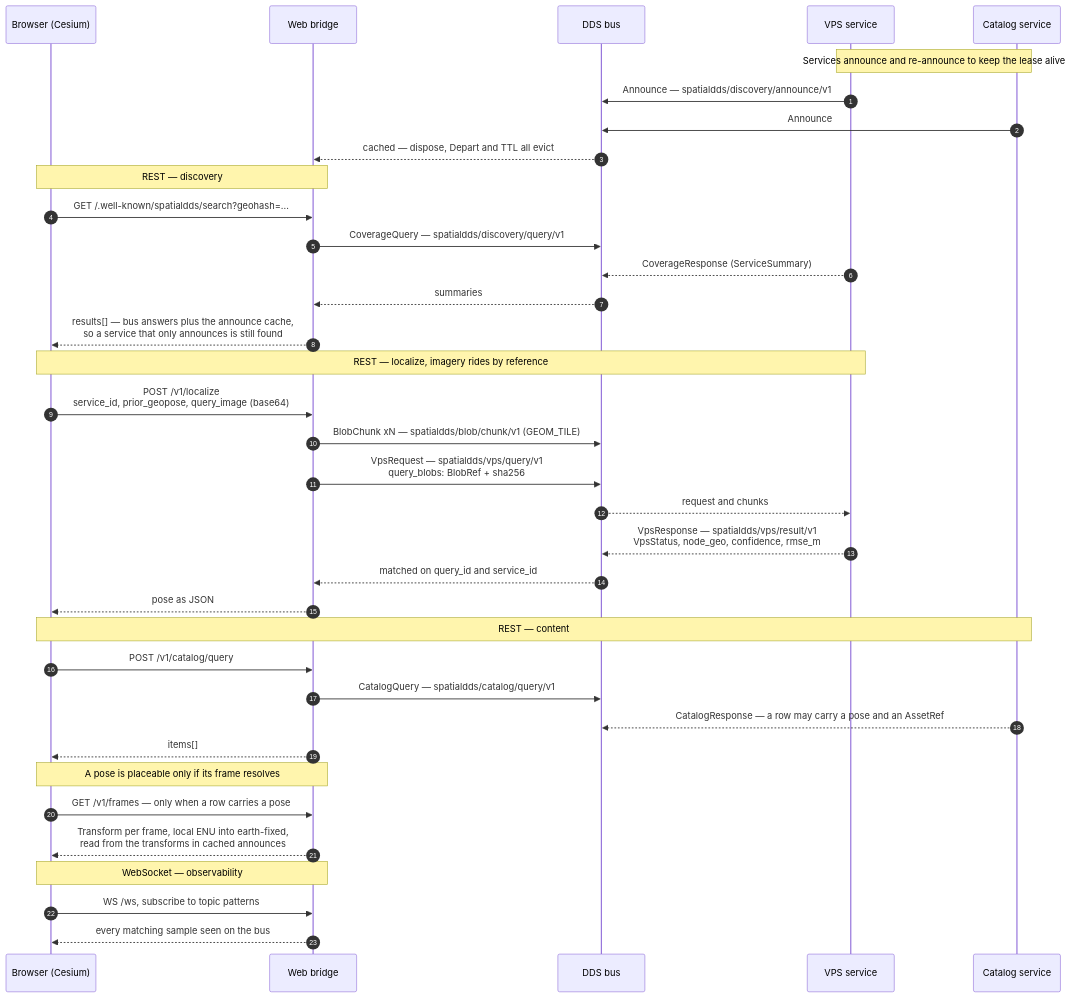
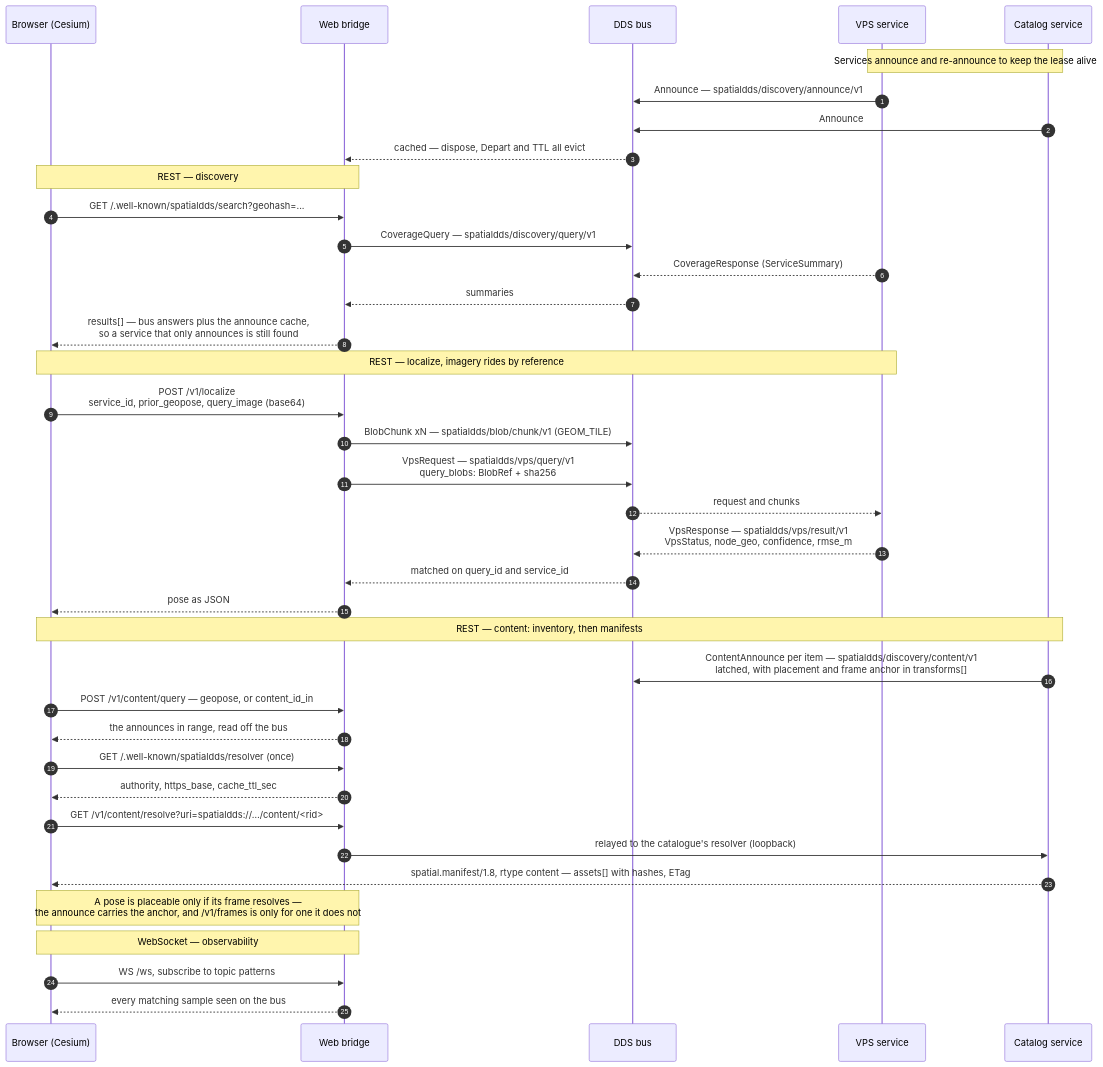
The first of 2 diagrams in ar_demo/README.md (OpenArCloud/SpatialDDS-demo), drawn with Mermaid before and after one commit. The commit also changed other lines of this file and 40 other files, not shown here.

````diff
--- a/ar_demo/README.md
+++ b/ar_demo/README.md
@@ -23,43 +23,45 @@
 ```mermaid
 sequenceDiagram
     autonumber
     participant UI as Browser (Cesium)
     participant Bridge as Web bridge
     participant Bus as DDS bus
     participant VPS as VPS service
     participant Cat as Catalog service
 
     Note over VPS,Cat: Services announce and re-announce to keep the lease alive
     VPS->>Bus: Announce — spatialdds/discovery/announce/v1
     Cat->>Bus: Announce
     Bus-->>Bridge: cached — dispose, Depart and TTL all evict
 
     Note over UI,Bridge: REST — discovery
     UI->>Bridge: GET /.well-known/spatialdds/search?geohash=...
     Bridge->>Bus: CoverageQuery — spatialdds/discovery/query/v1
     VPS-->>Bus: CoverageResponse (ServiceSummary)
     Bus-->>Bridge: summaries
     Bridge-->>UI: results[] — bus answers plus the announce cache,<br/>so a service that only announces is still found
 
     Note over UI,VPS: REST — localize, imagery rides by reference
     UI->>Bridge: POST /v1/localize<br/>service_id, prior_geopose, query_image (base64)
     Bridge->>Bus: BlobChunk xN — spatialdds/blob/chunk/v1 (GEOM_TILE)
     Bridge->>Bus: VpsRequest — spatialdds/vps/query/v1<br/>query_blobs: BlobRef + sha256
     Bus-->>VPS: request and chunks
     VPS-->>Bus: VpsResponse — spatialdds/vps/result/v1<br/>VpsStatus, node_geo, confidence, rmse_m
     Bus-->>Bridge: matched on query_id and service_id
     Bridge-->>UI: pose as JSON
 
-    Note over UI,Cat: REST — content
-    UI->>Bridge: POST /v1/catalog/query
-    Bridge->>Bus: CatalogQuery — spatialdds/catalog/query/v1
-    Cat-->>Bus: CatalogResponse — a row may carry a pose and an AssetRef
-    Bridge-->>UI: items[]
-    Note over UI,Bridge: A pose is placeable only if its frame resolves
-    UI->>Bridge: GET /v1/frames — only when a row carries a pose
-    Bridge-->>UI: Transform per frame, local ENU into earth-fixed,<br/>read from the transforms in cached announces
+    Note over UI,Cat: REST — content: inventory, then manifests
+    Cat->>Bus: ContentAnnounce per item — spatialdds/discovery/content/v1<br/>latched, with placement and frame anchor in transforms[]
+    UI->>Bridge: POST /v1/content/query — geopose, or content_id_in
+    Bridge-->>UI: the announces in range, read off the bus
+    UI->>Bridge: GET /.well-known/spatialdds/resolver (once)
+    Bridge-->>UI: authority, https_base, cache_ttl_sec
+    UI->>Bridge: GET /v1/content/resolve?uri=spatialdds://…/content/<rid>
+    Bridge->>Cat: relayed to the catalogue's resolver (loopback)
+    Cat-->>UI: spatial.manifest/1.8, rtype content — assets[] with hashes, ETag
+    Note over UI,Bridge: A pose is placeable only if its frame resolves —<br/>the announce carries the anchor, and /v1/frames is only for one it does not
 
     Note over UI,Bridge: WebSocket — observability
     UI->>Bridge: WS /ws, subscribe to topic patterns
     Bridge-->>UI: every matching sample seen on the bus
 ```
````
